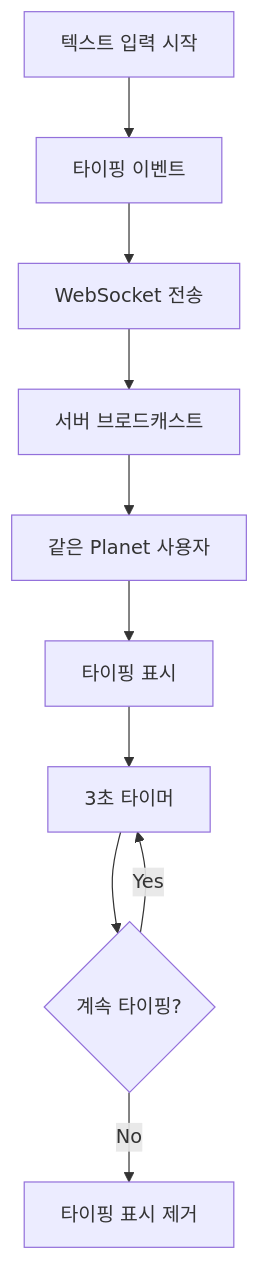
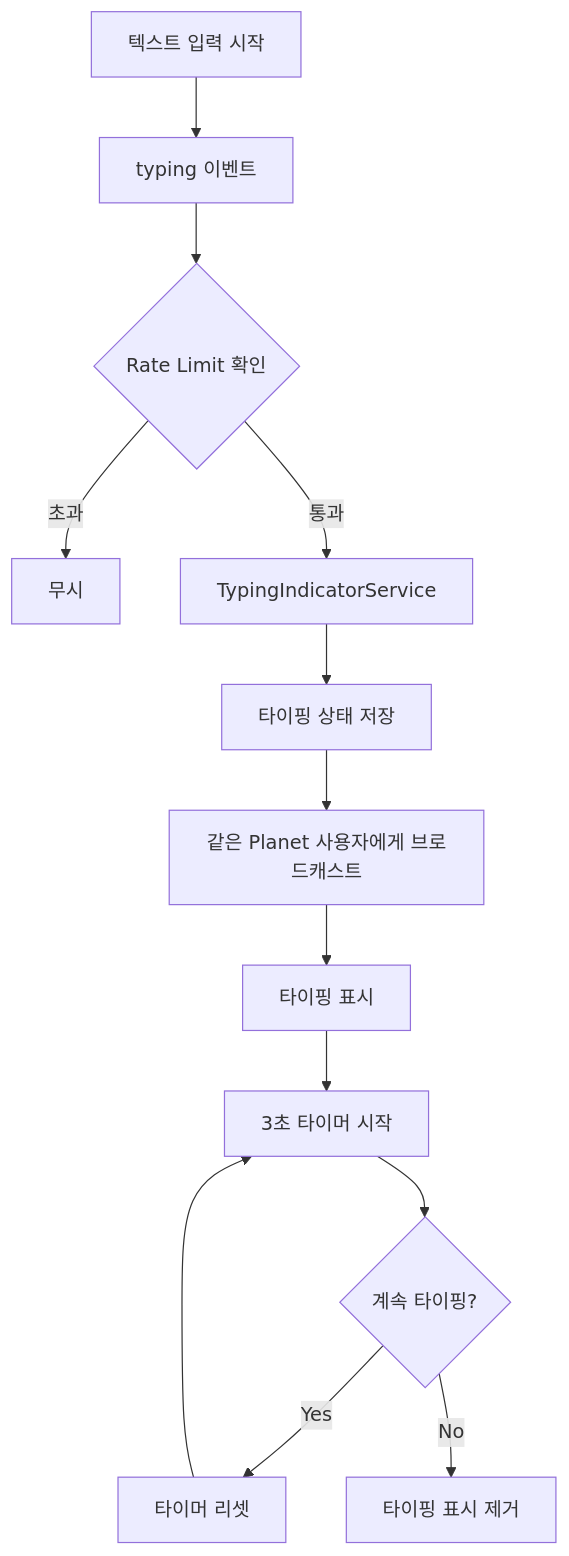
One commit to maximizest/connecto-nest changed diagram 24 of 34 in .md/flow.md. Above: the diagram before and after it, drawn with Mermaid. The commit also changed other lines of this file and 2 other files, not shown here.

Commit message:
관리자 및 조정 기능 문서 업데이트: Admin 엔티티를 User 엔티티의 role로 통합하고, 관련 API 엔드포인트를 Moderation 섹션으로 이동하여 사용자 차단 및 벤 기능을 명확히 설명함. WebSocket 서비스 아키텍처와 Rate Limiting 시스템을 추가하여 실시간 통신 및 사용자 관리 기능을 강화함.

````diff
--- a/.md/flow.md
+++ b/.md/flow.md
@@ -712,15 +874,20 @@
 ```mermaid
 graph TD
-    A[텍스트 입력 시작] --> B[타이핑 이벤트]
-    B --> C[WebSocket 전송]
-
-    C --> D[서버 브로드캐스트]
-    D --> E[같은 Planet 사용자]
-
-    E --> F[타이핑 표시]
-    F --> G[3초 타이머]
-
-    G --> H{계속 타이핑?}
-    H -->|Yes| G
-    H -->|No| I[타이핑 표시 제거]
+    A[텍스트 입력 시작] --> B[typing 이벤트]
+    B --> C{Rate Limit 확인}
+    
+    C -->|초과| D[무시]
+    C -->|통과| E[TypingIndicatorService]
+    
+    E --> F[타이핑 상태 저장]
+    F --> G[같은 Planet 사용자에게 브로드캐스트]
+    
+    G --> H[타이핑 표시]
+    H --> I[3초 타이머 시작]
+    
+    I --> J{계속 타이핑?}
+    J -->|Yes| K[타이머 리셋]
+    J -->|No| L[타이핑 표시 제거]
+    
+    K --> I
 ```
````
